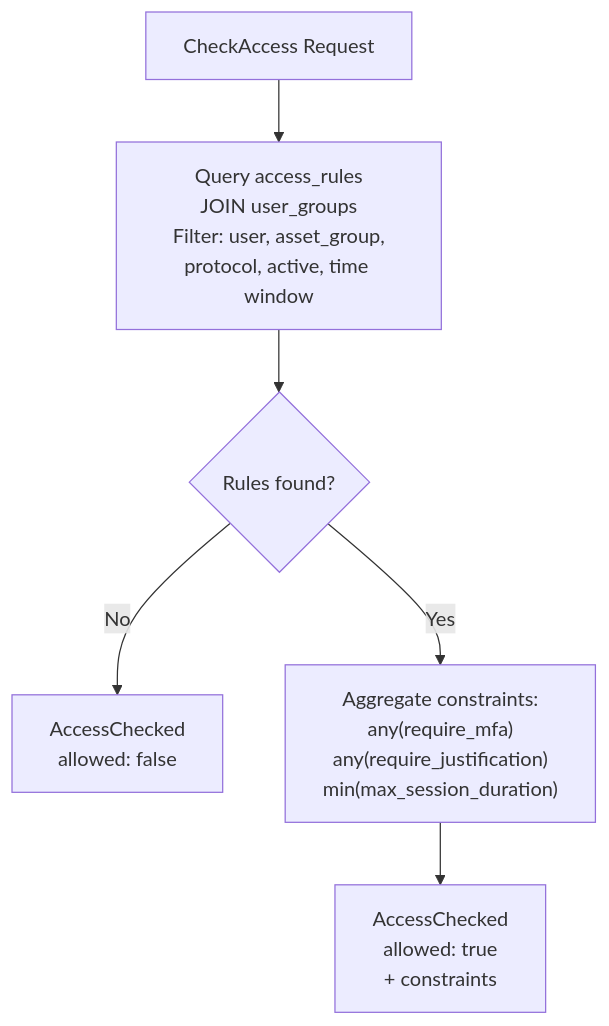
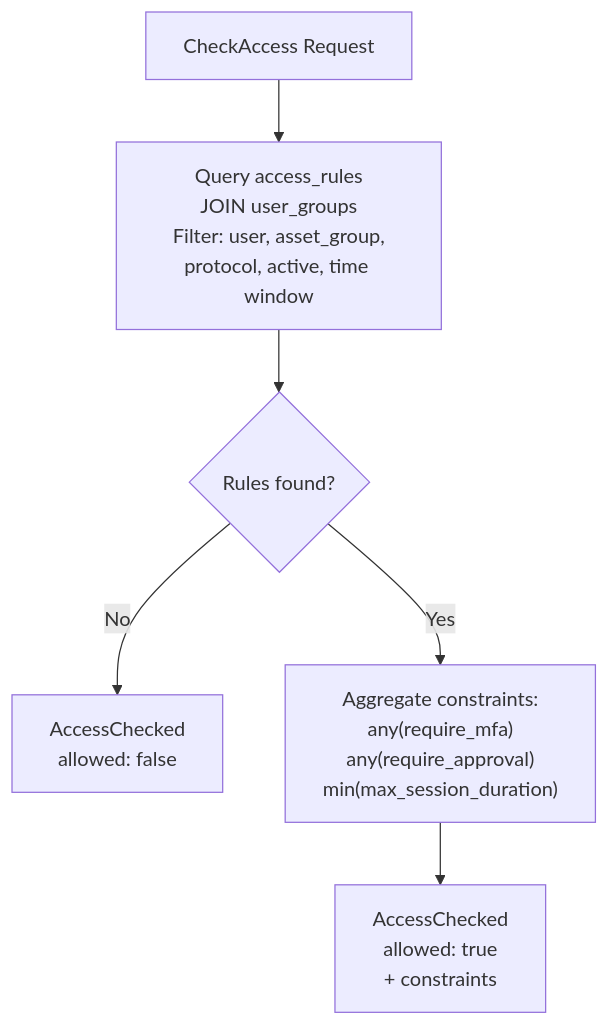
Before and after one commit to rbenaley/Vauban: the ninth of 15 diagrams in docs/technical/Vauban_IAM_Architecture_EN(1.0).md, drawn with Mermaid. The commit also changed other lines of this file and 58 other files, not shown here.

````diff
--- a/docs/technical/Vauban_IAM_Architecture_EN(1.0).md
+++ b/docs/technical/Vauban_IAM_Architecture_EN(1.0).md
@@ -487,9 +487,9 @@
 ```mermaid
 flowchart TB
     Start[CheckAccess Request] --> FindRules["Query access_rules<br/>JOIN user_groups<br/>Filter: user, asset_group,<br/>protocol, active, time window"]
 
     FindRules --> Empty{Rules found?}
     Empty -->|No| Deny["AccessChecked<br/>allowed: false"]
-    Empty -->|Yes| Aggregate["Aggregate constraints:<br/>any(require_mfa)<br/>any(require_justification)<br/>min(max_session_duration)"]
+    Empty -->|Yes| Aggregate["Aggregate constraints:<br/>any(require_mfa)<br/>any(require_approval)<br/>min(max_session_duration)"]
     Aggregate --> Allow["AccessChecked<br/>allowed: true<br/>+ constraints"]
 ```
````
